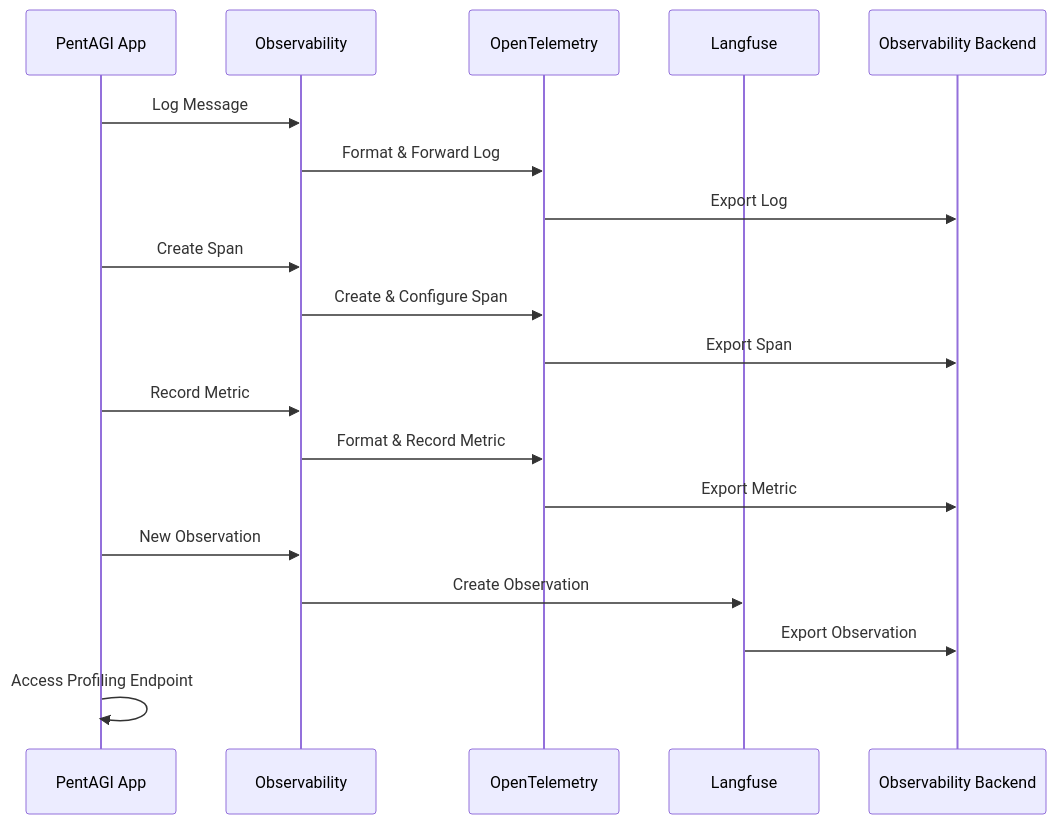
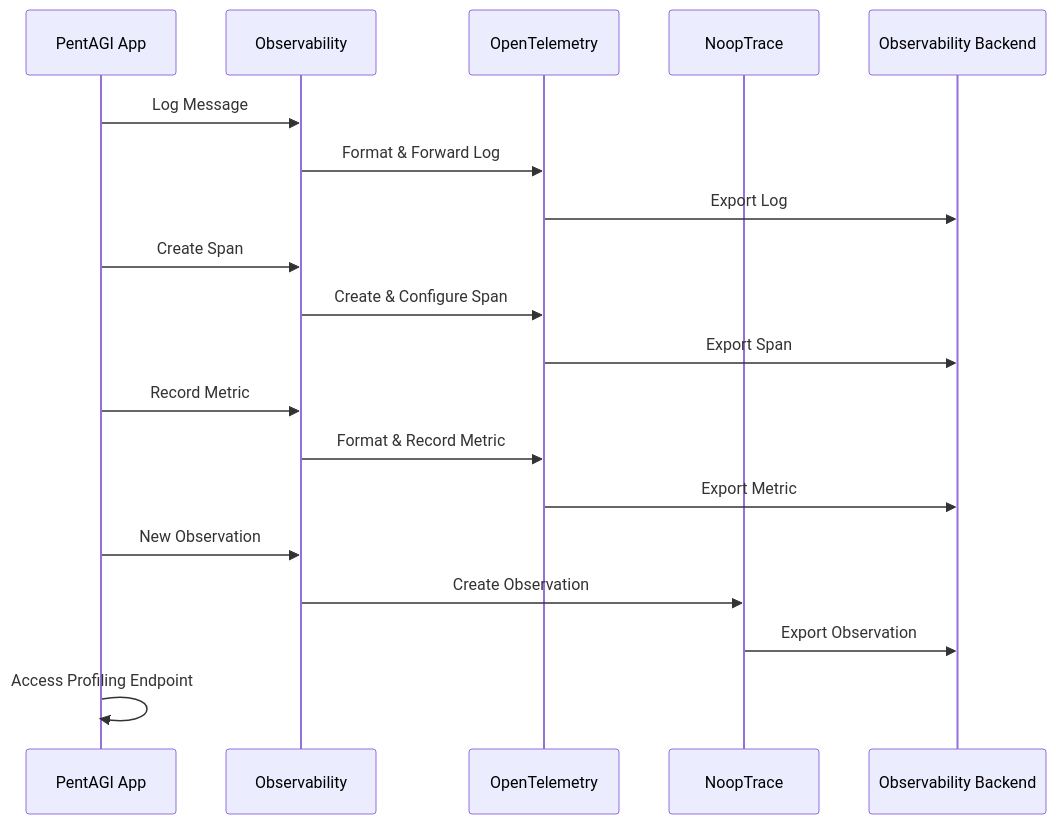
One commit to mnmballa2323/Alti.Code.Frontend changed the second of 2 diagrams in submodules/pentagi/backend/docs/observability.md. Above: the diagram before and after it, drawn with Mermaid. The commit also changed other lines of this file and 97 other files, not shown here.

````diff
--- a/submodules/pentagi/backend/docs/observability.md
+++ b/submodules/pentagi/backend/docs/observability.md
@@ -100,26 +100,26 @@
 ```mermaid
 sequenceDiagram
     participant App as PentAGI App
     participant Obs as Observability
     participant OTEL as OpenTelemetry
-    participant Lf as Langfuse
+    participant Lf as NoopTrace
     participant Backend as Observability Backend
 
     App->>Obs: Log Message
     Obs->>OTEL: Format & Forward Log
     OTEL->>Backend: Export Log
 
     App->>Obs: Create Span
     Obs->>OTEL: Create & Configure Span
     OTEL->>Backend: Export Span
 
     App->>Obs: Record Metric
     Obs->>OTEL: Format & Record Metric
     OTEL->>Backend: Export Metric
 
     App->>Obs: New Observation
     Obs->>Lf: Create Observation
     Lf->>Backend: Export Observation
 
     App->>App: Access Profiling Endpoint
 ```
````
